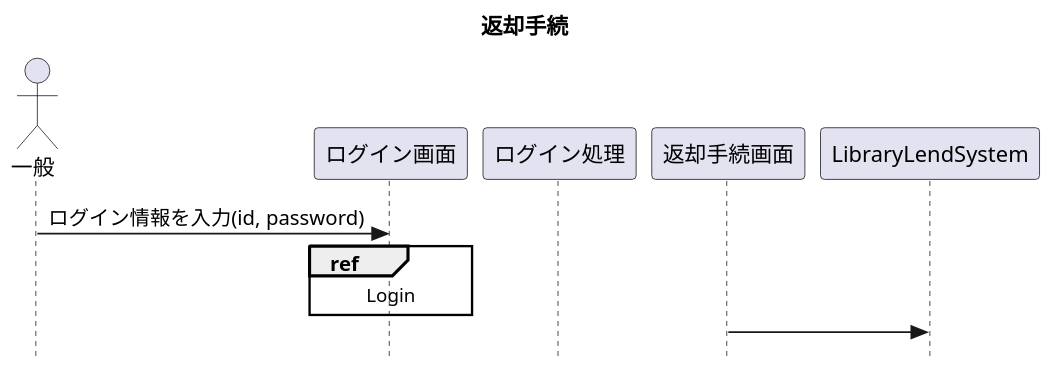
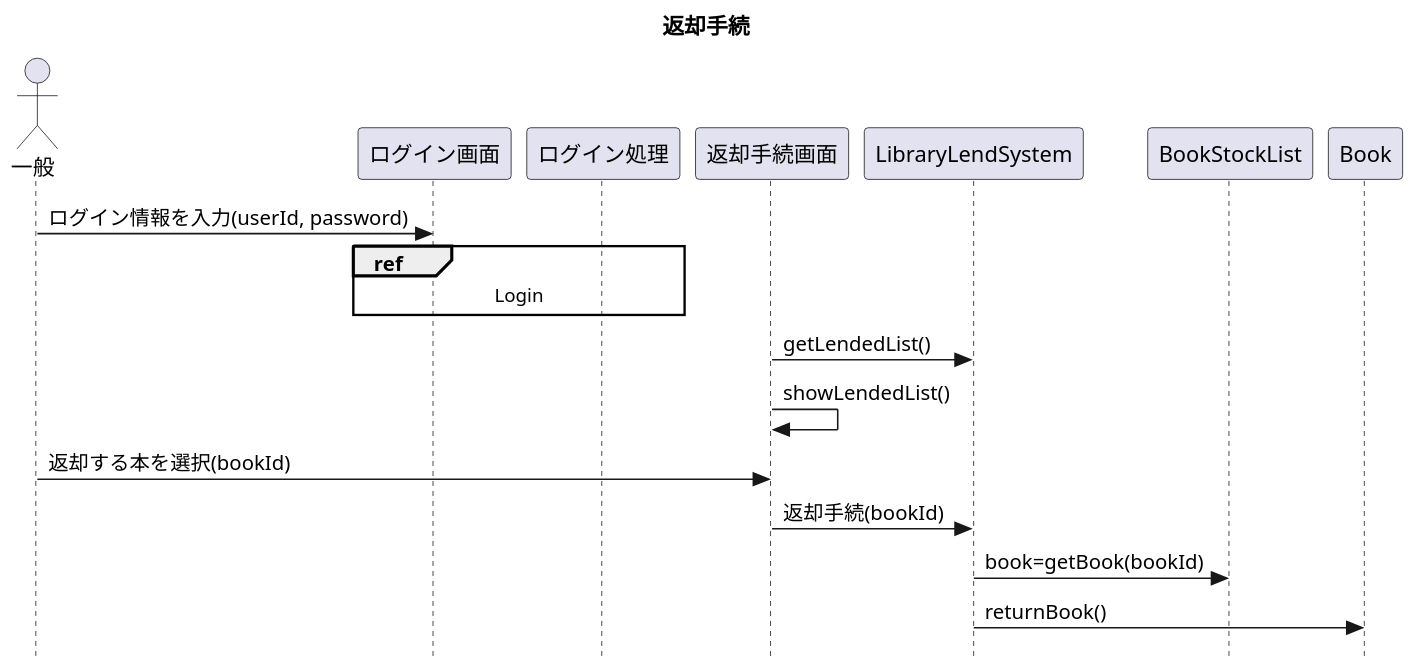
The fourth of 4 diagrams in sequence.pu (Romira915/AdvancedSoftwareEngineering3-Task), drawn with PlantUML before and after one commit. The commit also changed other lines of this file, not shown here.

Commit message:
add: return

```diff
--- a/sequence.pu
+++ b/sequence.pu
@@ -109,19 +109,25 @@
 @startuml 返却手続
 
 title 返却手続
 skinparam dpi 150
 skinparam responseMessageBelowArrow true
 skinparam style strictuml
 
 actor 一般 as user
 participant ログイン画面 as LoginDisplay
 participant ログイン処理 as LoginProcess
 participant 返却手続画面 as LendingDisplay
 participant LibraryLendSystem
 
-user -> LoginDisplay : ログイン情報を入力(id, password)
-ref over LoginDisplay : Login
+user -> LoginDisplay : ログイン情報を入力(userId, password)
+ref over LoginDisplay, LoginProcess : Login
 
-LendingDisplay -> LibraryLendSystem
+LendingDisplay -> LibraryLendSystem : getLendedList()
+LendingDisplay -> LendingDisplay : showLendedList()
+
+user -> LendingDisplay : 返却する本を選択(bookId)
+LendingDisplay -> LibraryLendSystem : 返却手続(bookId)
+LibraryLendSystem -> BookStockList : book=getBook(bookId)
+LibraryLendSystem -> Book : returnBook()
 
 @enduml
```
